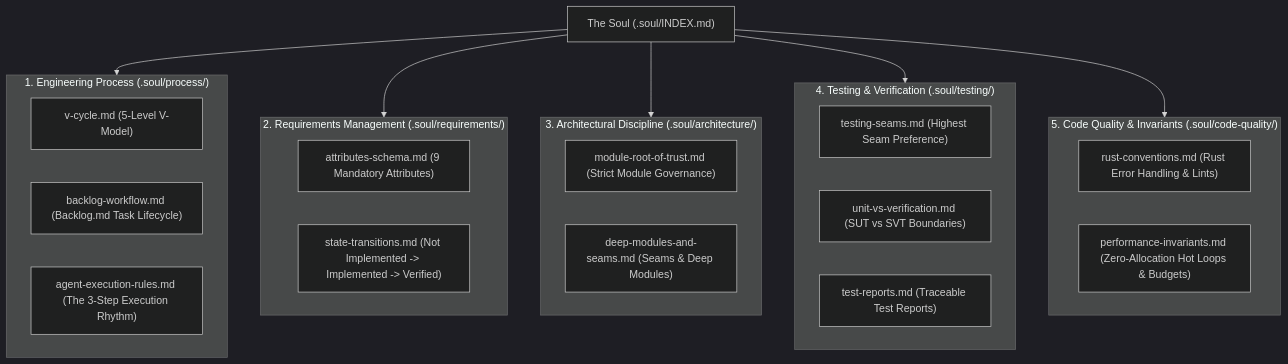
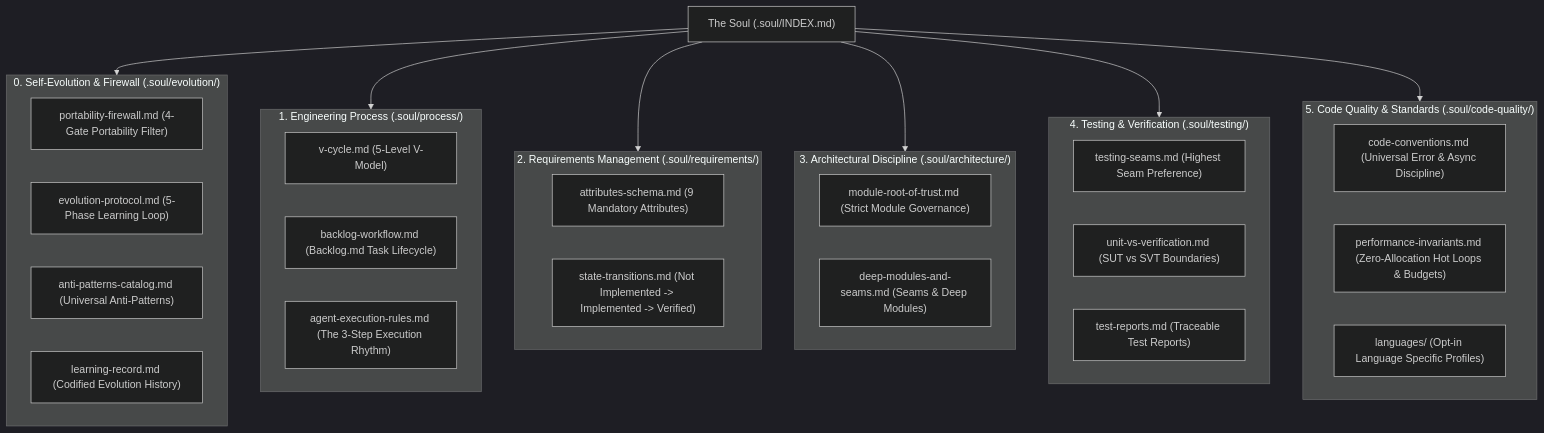
The diagram in .soul/INDEX.md (mr0bit/agmux), drawn with Mermaid (dark theme) before and after one commit. The commit also changed other lines of this file and 11 other files, not shown here.

Commit message:
feat: implement .soul Portability Firewall and Self-Evolution Engine

````diff
--- a/.soul/INDEX.md
+++ b/.soul/INDEX.md
@@ -7,37 +7,46 @@
 ```mermaid
 flowchart TD
     Soul["The Soul (.soul/INDEX.md)"]
     
+    subgraph Evolution["0. Self-Evolution & Firewall (.soul/evolution/)"]
+        Firewall["portability-firewall.md (4-Gate Portability Filter)"]
+        Protocol["evolution-protocol.md (5-Phase Learning Loop)"]
+        AntiPatterns["anti-patterns-catalog.md (Universal Anti-Patterns)"]
+        Ledger["learning-record.md (Codified Evolution History)"]
+    end
+
     subgraph Process["1. Engineering Process (.soul/process/)"]
         VCycle["v-cycle.md (5-Level V-Model)"]
         Backlog["backlog-workflow.md (Backlog.md Task Lifecycle)"]
         ExecRules["agent-execution-rules.md (The 3-Step Execution Rhythm)"]
     end
     
     subgraph Requirements["2. Requirements Management (.soul/requirements/)"]
         AttrSchema["attributes-schema.md (9 Mandatory Attributes)"]
         StateTrans["state-transitions.md (Not Implemented -> Implemented -> Verified)"]
     end
     
     subgraph Architecture["3. Architectural Discipline (.soul/architecture/)"]
         ModuleTrust["module-root-of-trust.md (Strict Module Governance)"]
         DeepSeams["deep-modules-and-seams.md (Seams & Deep Modules)"]
     end
     
     subgraph Testing["4. Testing & Verification (.soul/testing/)"]
         Seams["testing-seams.md (Highest Seam Preference)"]
         UnitVsVerif["unit-vs-verification.md (SUT vs SVT Boundaries)"]
         TestReports["test-reports.md (Traceable Test Reports)"]
     end
     
-    subgraph CodeQuality["5. Code Quality & Invariants (.soul/code-quality/)"]
-        RustConv["rust-conventions.md (Rust Error Handling & Lints)"]
+    subgraph CodeQuality["5. Code Quality & Standards (.soul/code-quality/)"]
+        Conventions["code-conventions.md (Universal Error & Async Discipline)"]
         PerfInvariants["performance-invariants.md (Zero-Allocation Hot Loops & Budgets)"]
+        LangProfiles["languages/ (Opt-in Language Specific Profiles)"]
     end
 
+    Soul --> Evolution
     Soul --> Process
     Soul --> Requirements
     Soul --> Architecture
     Soul --> Testing
     Soul --> CodeQuality
 ```
````
